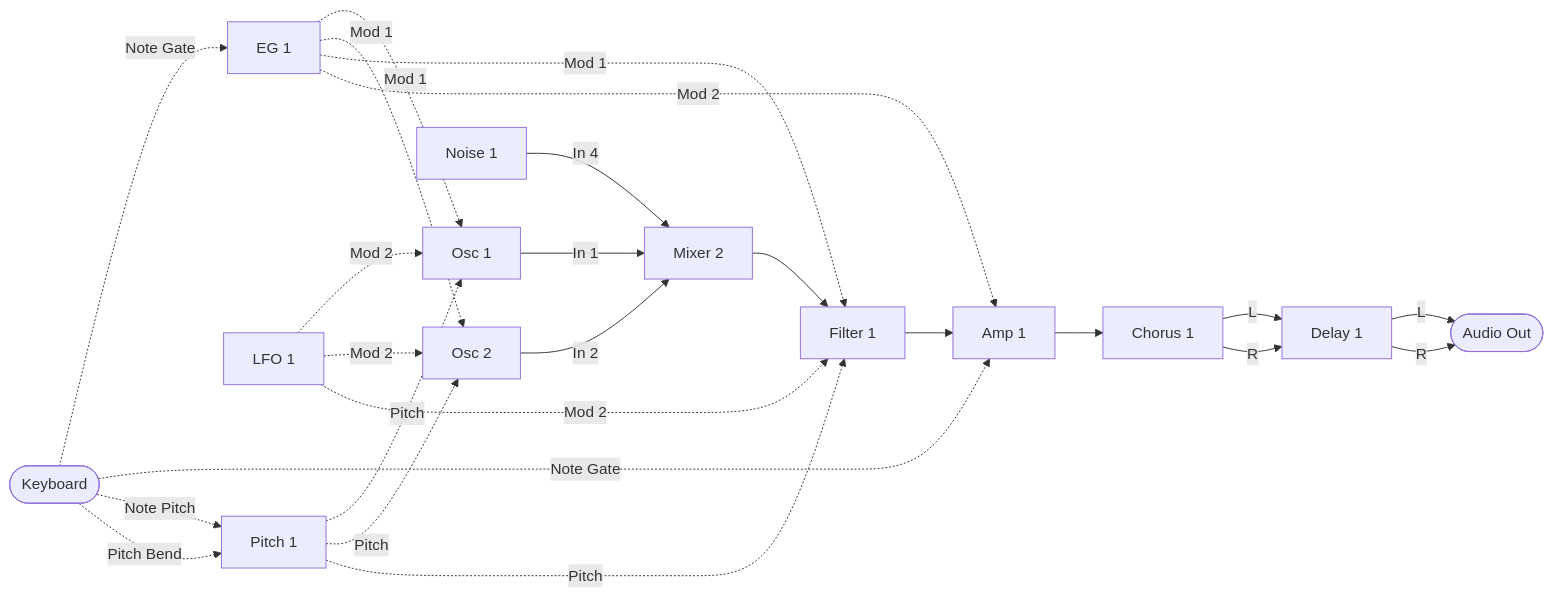
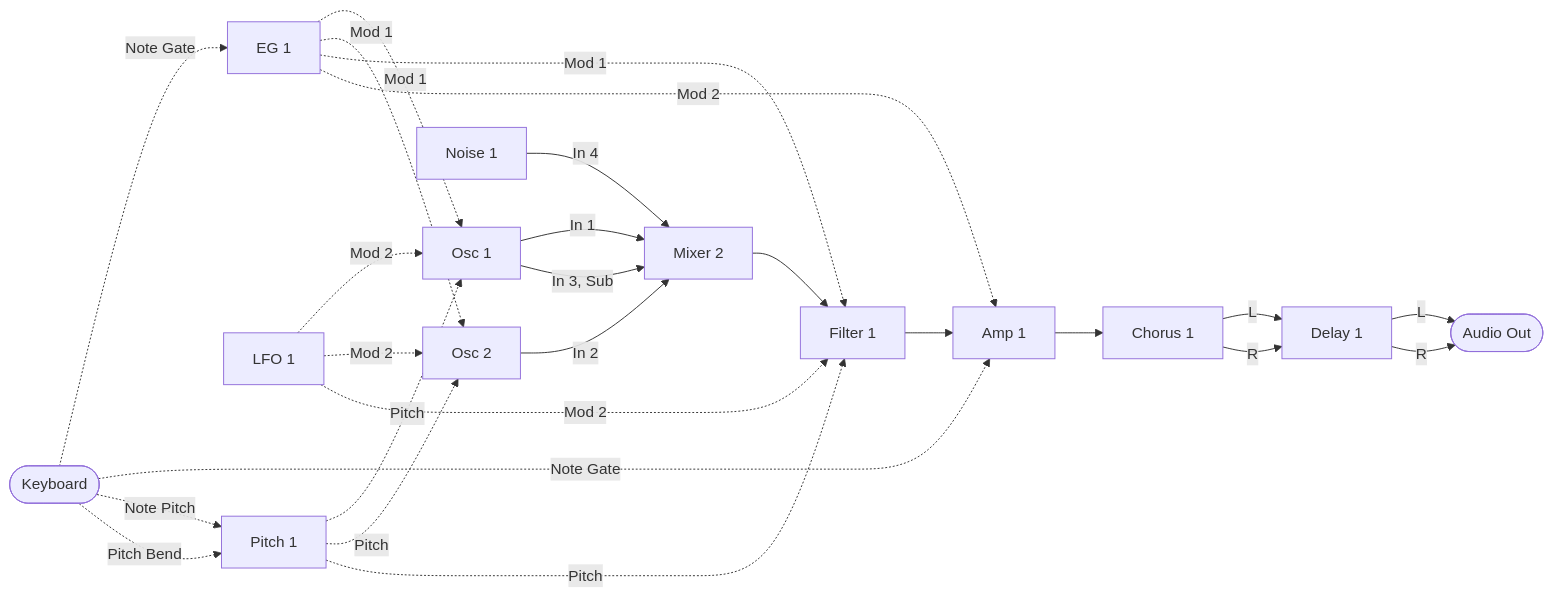
The first of 6 diagrams in spms1_type2/README.ja.md (risgk/midi_synthesizer_spms1), drawn with Mermaid before and after one commit. The commit also changed other lines of this file and 8 other files, not shown here.

First line of the commit message:
type2: Give each oscillator a sine sub an octave down, Out Sub, put Osc 1's on Mixer 2 In 3, and move Mixer 2 Level 1 to 3 to CC 19 to 21

````diff
--- a/spms1_type2/README.ja.md
+++ b/spms1_type2/README.ja.md
@@ -155,42 +155,43 @@
 ```mermaid
 flowchart LR
   KBD([Keyboard])
   PITCH[Pitch 1]
   LFO[LFO 1]
   EG[EG 1]
   OSC[Osc 1]
   OSC2[Osc 2]
   NOISE[Noise 1]
   MIX2[Mixer 2]
   FILTER[Filter 1]
   AMP[Amp 1]
   CHORUS[Chorus 1]
   DELAY[Delay 1]
   OUT([Audio Out])
 
   OSC -->|In 1| MIX2
   OSC2 -->|In 2| MIX2
+  OSC -->|In 3, Sub| MIX2
   NOISE -->|In 4| MIX2
   MIX2 --> FILTER
   FILTER --> AMP
   AMP --> CHORUS
   CHORUS -->|L| DELAY
   CHORUS -->|R| DELAY
   DELAY -->|L| OUT
   DELAY -->|R| OUT
 
   KBD -. Note Gate .-> EG
   KBD -. Note Gate .-> AMP
   KBD -. Note Pitch .-> PITCH
   KBD -. Pitch Bend .-> PITCH
   PITCH -. Pitch .-> OSC
   EG -. Mod 1 .-> OSC
   LFO -. Mod 2 .-> OSC
   PITCH -. Pitch .-> OSC2
   EG -. Mod 1 .-> OSC2
   LFO -. Mod 2 .-> OSC2
   EG -. Mod 1 .-> FILTER
   LFO -. Mod 2 .-> FILTER
   PITCH -. Pitch .-> FILTER
   EG -. Mod 2 .-> AMP
 ```
````
